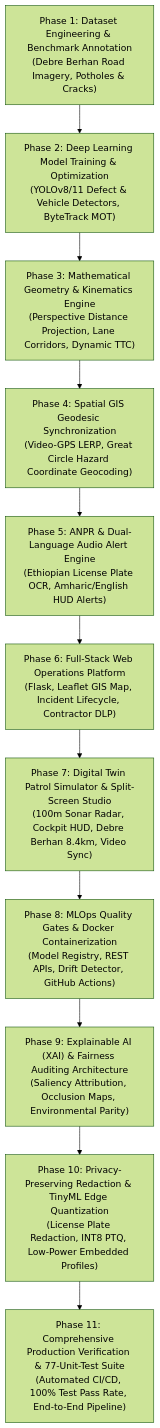
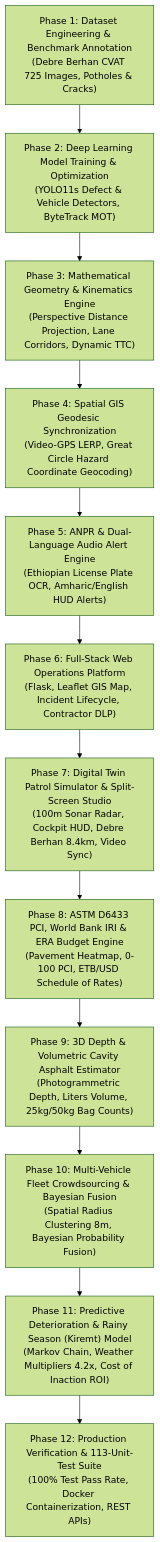
One commit to haile6/intelligent-road-monitoring-system changed the diagram in docs/project_proposal.md. Above: the diagram before and after it, drawn with Mermaid (forest theme). The commit also changed other lines of this file, not shown here.

Commit message:
docs(proposal): comprehensively update project proposal with PCI/IRI, 3D volume, fleet crowdsourcing, and Markov deterioration

````diff
--- a/docs/project_proposal.md
+++ b/docs/project_proposal.md
@@ -268,16 +358,17 @@
 ```mermaid
 flowchart TD
-    M1["Phase 1: Dataset Engineering & Benchmark Annotation\n(Debre Berhan Road Imagery, Potholes & Cracks)"]
-    M2["Phase 2: Deep Learning Model Training & Optimization\n(YOLOv8/11 Defect & Vehicle Detectors, ByteTrack MOT)"]
+    M1["Phase 1: Dataset Engineering & Benchmark Annotation\n(Debre Berhan CVAT 725 Images, Potholes & Cracks)"]
+    M2["Phase 2: Deep Learning Model Training & Optimization\n(YOLO11s Defect & Vehicle Detectors, ByteTrack MOT)"]
     M3["Phase 3: Mathematical Geometry & Kinematics Engine\n(Perspective Distance Projection, Lane Corridors, Dynamic TTC)"]
     M4["Phase 4: Spatial GIS Geodesic Synchronization\n(Video-GPS LERP, Great Circle Hazard Coordinate Geocoding)"]
     M5["Phase 5: ANPR & Dual-Language Audio Alert Engine\n(Ethiopian License Plate OCR, Amharic/English HUD Alerts)"]
     M6["Phase 6: Full-Stack Web Operations Platform\n(Flask, Leaflet GIS Map, Incident Lifecycle, Contractor DLP)"]
     M7["Phase 7: Digital Twin Patrol Simulator & Split-Screen Studio\n(100m Sonar Radar, Cockpit HUD, Debre Berhan 8.4km, Video Sync)"]
-    M8["Phase 8: MLOps Quality Gates & Docker Containerization\n(Model Registry, REST APIs, Drift Detector, GitHub Actions)"]
-    M9["Phase 9: Explainable AI (XAI) & Fairness Auditing Architecture\n(Saliency Attribution, Occlusion Maps, Environmental Parity)"]
-    M10["Phase 10: Privacy-Preserving Redaction & TinyML Edge Quantization\n(License Plate Redaction, INT8 PTQ, Low-Power Embedded Profiles)"]
-    M11["Phase 11: Comprehensive Production Verification & 77-Unit-Test Suite\n(Automated CI/CD, 100% Test Pass Rate, End-to-End Pipeline)"]
+    M8["Phase 8: ASTM D6433 PCI, World Bank IRI & ERA Budget Engine\n(Pavement Heatmap, 0-100 PCI, ETB/USD Schedule of Rates)"]
+    M9["Phase 9: 3D Depth & Volumetric Cavity Asphalt Estimator\n(Photogrammetric Depth, Liters Volume, 25kg/50kg Bag Counts)"]
+    M10["Phase 10: Multi-Vehicle Fleet Crowdsourcing & Bayesian Fusion\n(Spatial Radius Clustering 8m, Bayesian Probability Fusion)"]
+    M11["Phase 11: Predictive Deterioration & Rainy Season (Kiremt) Model\n(Markov Chain, Weather Multipliers 4.2x, Cost of Inaction ROI)"]
+    M12["Phase 12: Production Verification & 113-Unit-Test Suite\n(100% Test Pass Rate, Docker Containerization, REST APIs)"]
 
-    M1 --> M2 --> M3 --> M4 --> M5 --> M6 --> M7 --> M8 --> M9 --> M10 --> M11
+    M1 --> M2 --> M3 --> M4 --> M5 --> M6 --> M7 --> M8 --> M9 --> M10 --> M11 --> M12
 ```
````
